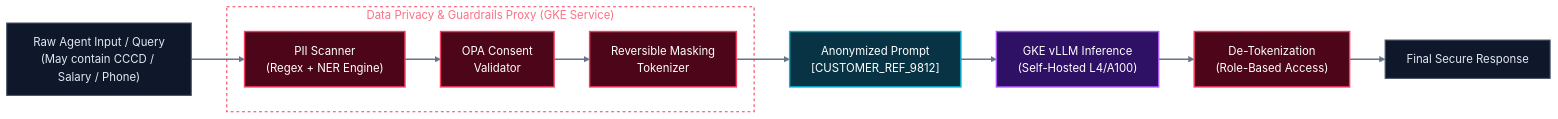
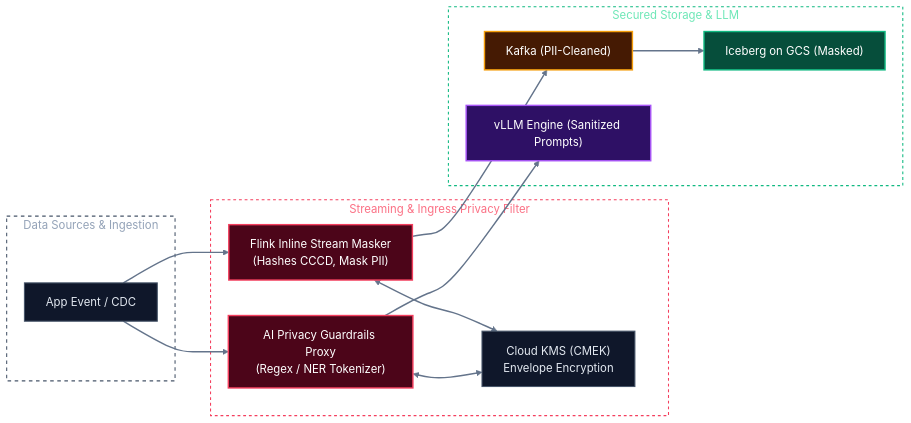
Before and after one commit to toanbui626391/data_platform_gcp: the first of 4 diagrams in docs/architectures/04_governance_security_and_observability.md, drawn with Mermaid. The commit also changed other lines of this file and 6 other files, not shown here.

````diff
--- a/docs/architectures/04_governance_security_and_observability.md
+++ b/docs/architectures/04_governance_security_and_observability.md
@@ -13,30 +19,39 @@
 ```mermaid
 flowchart LR
-    RawInput["Raw Agent Input / Query\n(May contain CCCD / Salary / Phone)"]:::gray
-    
-    subgraph PrivacyProxy["Data Privacy & Guardrails Proxy (GKE Service)"]
-        Scanner["PII Scanner\n(Regex + NER Engine)"]:::danger
-        Tokenizer["Reversible Masking\nTokenizer"]:::danger
-        PolicyCheck["OPA Consent\nValidator"]:::danger
+    subgraph DataSources["Data Sources & Ingestion"]
+        App["App Event / CDC"]:::gray
     end
-    
-    MaskedPayload["Anonymized Prompt\n[CUSTOMER_REF_9812]"]:::cyan
-    vLLM["GKE vLLM Inference\n(Self-Hosted L4/A100)"]:::purple
-    DeMasker["De-Tokenization\n(Role-Based Access)"]:::danger
-    FinalOutput["Final Secure Response"]:::gray
 
-    RawInput --> Scanner --> PolicyCheck --> Tokenizer --> MaskedPayload
-    MaskedPayload --> vLLM --> DeMasker --> FinalOutput
+    subgraph StreamingSecurity["Streaming & Ingress Privacy Filter"]
+        FlinkMask["Flink Inline Stream Masker\n(Hashes CCCD, Mask PII)"]:::danger
+        Proxy["AI Privacy Guardrails Proxy\n(Regex / NER Tokenizer)"]:::danger
+        KMS["Cloud KMS (CMEK)\nEnvelope Encryption"]:::gray
+    end
+
+    subgraph SecuredSinks["Secured Storage & LLM"]
+        KafkaSecure["Kafka (PII-Cleaned)"]:::warning
+        IcebergSecure["Iceberg on GCS (Masked)"]:::success
+        vLLMSecure["vLLM Engine (Sanitized Prompts)"]:::purple
+    end
+
+    App --> FlinkMask --> KafkaSecure --> IcebergSecure
+    FlinkMask <--> KMS
+    App --> Proxy --> vLLMSecure
+    Proxy <--> KMS
 
     %% Subgraph Styling (Transparent & Dual-Mode Friendly)
-    style PrivacyProxy fill:none,stroke:#f43f5e,stroke-width:1.5px,stroke-dasharray: 4 4,color:#fb7185
+    style DataSources fill:none,stroke:#475569,stroke-width:1.5px,stroke-dasharray: 5 5,color:#94a3b8
+    style StreamingSecurity fill:none,stroke:#f43f5e,stroke-width:1.5px,stroke-dasharray: 4 4,color:#fb7185
+    style SecuredSinks fill:none,stroke:#10b981,stroke-width:1.5px,stroke-dasharray: 4 4,color:#6ee7b7
 
     %% Link Styling
     linkStyle default stroke:#64748b,stroke-width:2px;
 
     %% Universal Dual-Mode High-Contrast Palette
+    classDef primary fill:#1e3a8a,stroke:#3b82f6,stroke-width:2px,color:#ffffff;
+    classDef success fill:#064e3b,stroke:#10b981,stroke-width:2px,color:#ffffff;
+    classDef warning fill:#451a03,stroke:#f59e0b,stroke-width:2px,color:#ffffff;
     classDef danger  fill:#4c0519,stroke:#f43f5e,stroke-width:2px,color:#ffffff;
     classDef purple  fill:#2e1065,stroke:#a855f7,stroke-width:2px,color:#ffffff;
-    classDef cyan    fill:#083344,stroke:#06b6d4,stroke-width:2px,color:#ffffff;
     classDef gray    fill:#0f172a,stroke:#475569,stroke-width:1.5px,color:#e2e8f0;
 ```
````
